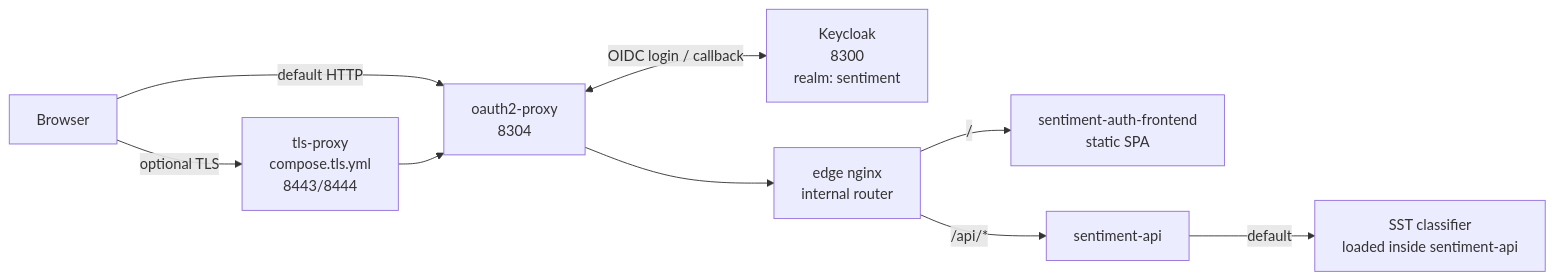
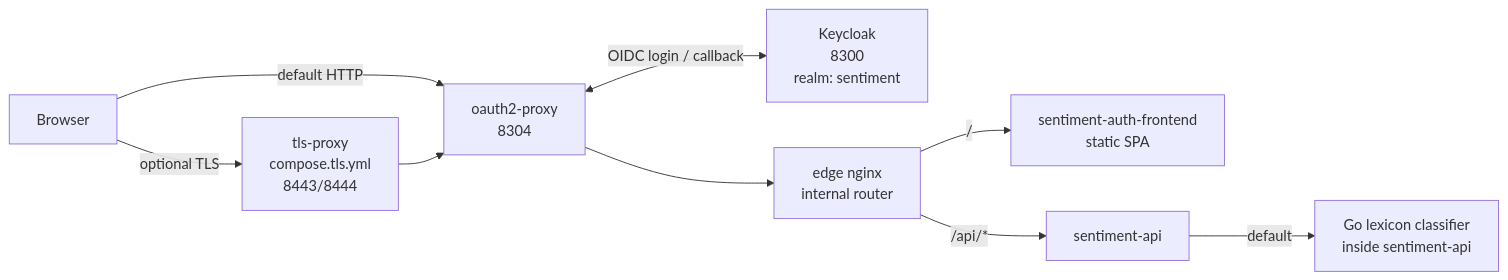
One commit to nickromney/platform changed the first of 4 diagrams in apps/sentiment/docs/COMPOSE-ARCHITECTURE.md. Above: the diagram before and after it, drawn with Mermaid. The commit also changed other lines of this file and 214 other files, not shown here.

````diff
--- a/apps/sentiment/docs/COMPOSE-ARCHITECTURE.md
+++ b/apps/sentiment/docs/COMPOSE-ARCHITECTURE.md
@@ -21,20 +21,20 @@
 ```mermaid
 flowchart LR
     Browser["Browser"]
     TLS["tls-proxy<br/>compose.tls.yml<br/>8443/8444"]
     OAuth["oauth2-proxy<br/>8304"]
     KC["Keycloak<br/>8300<br/>realm: sentiment"]
     Edge["edge nginx<br/>internal router"]
     UI["sentiment-auth-frontend<br/>static SPA"]
     API["sentiment-api"]
-    SST["SST classifier<br/>loaded inside sentiment-api"]
+    Lexicon["Go lexicon classifier<br/>inside sentiment-api"]
 
     Browser -->|"default HTTP"| OAuth
     Browser -->|"optional TLS"| TLS
     TLS --> OAuth
     OAuth <-->|"OIDC login / callback"| KC
     OAuth --> Edge
     Edge -->|" / "| UI
     Edge -->|" /api/* "| API
-    API -->|"default"| SST
+    API -->|"default"| Lexicon
 ```
````
